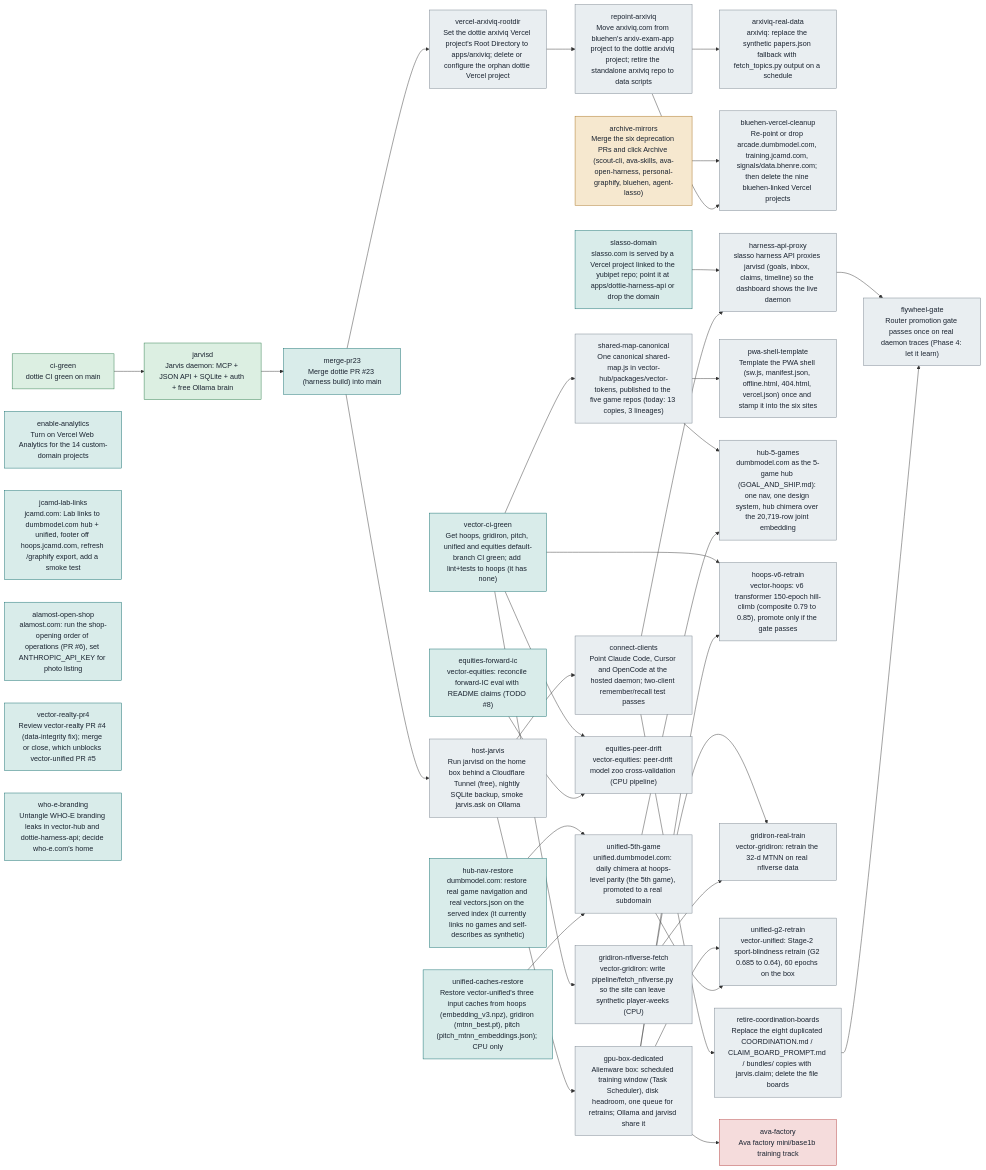
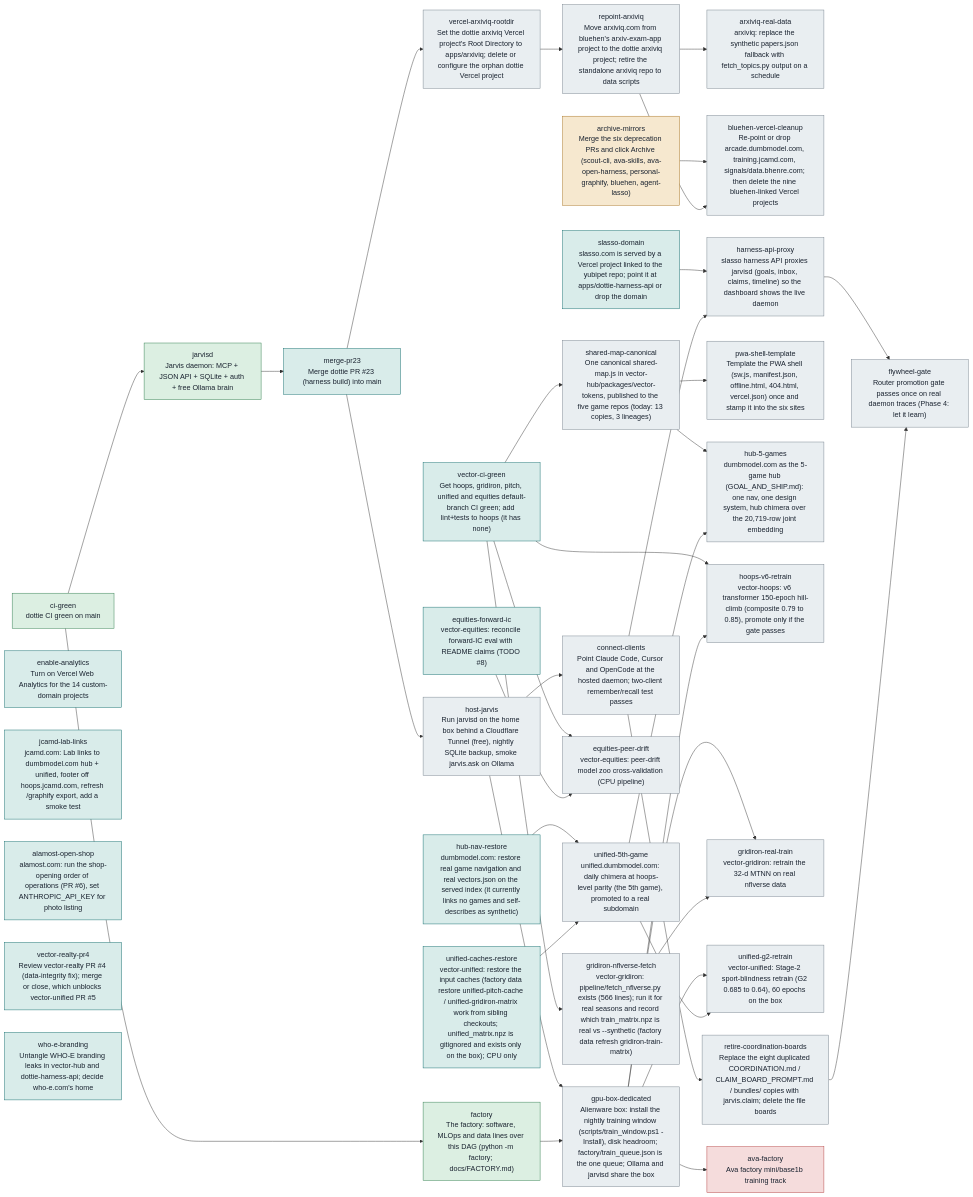
One commit to jcdavis131/dottie changed the diagram in docs/PROJECT_DAG.md. Above: the diagram before and after it, drawn with Mermaid. The commit also changed other lines of this file and 6 other files, not shown here.

First line of the commit message:
chore(factory): wire factory check into CI and make; DAG node, docs, board

````diff
--- a/docs/PROJECT_DAG.md
+++ b/docs/PROJECT_DAG.md
@@ -60,78 +62,81 @@
 ```mermaid
 flowchart LR
   ci-green["ci-green<br/>dottie CI green on main"]
   jarvisd["jarvisd<br/>Jarvis daemon: MCP + JSON API + SQLite + auth + free Ollama brain"]
+  factory["factory<br/>The factory: software, MLOps and data lines over this DAG (python -m factory; docs/FACTORY.md)"]
   enable-analytics["enable-analytics<br/>Turn on Vercel Web Analytics for the 14 custom-domain projects"]
   merge-pr23["merge-pr23<br/>Merge dottie PR #23 (harness build) into main"]
   archive-mirrors["archive-mirrors<br/>Merge the six deprecation PRs and click Archive (scout-cli, ava-skills, ava-open-harness, personal-graphify, bluehen, agent-lasso)"]
   jcamd-lab-links["jcamd-lab-links<br/>jcamd.com: Lab links to dumbmodel.com hub + unified, footer off hoops.jcamd.com, refresh /graphify export, add a smoke test"]
   alamost-open-shop["alamost-open-shop<br/>alamost.com: run the shop-opening order of operations (PR #6), set ANTHROPIC_API_KEY for photo listing"]
   hub-nav-restore["hub-nav-restore<br/>dumbmodel.com: restore real game navigation and real vectors.json on the served index (it currently links no games and self-describes as synthetic)"]
   vector-ci-green["vector-ci-green<br/>Get hoops, gridiron, pitch, unified and equities default-branch CI green; add lint+tests to hoops (it has none)"]
   host-jarvis["host-jarvis<br/>Run jarvisd on the home box behind a Cloudflare Tunnel (free), nightly SQLite backup, smoke jarvis.ask on Ollama"]
   connect-clients["connect-clients<br/>Point Claude Code, Cursor and OpenCode at the hosted daemon; two-client remember/recall test passes"]
   vercel-arxiviq-rootdir["vercel-arxiviq-rootdir<br/>Set the dottie arxiviq Vercel project's Root Directory to apps/arxiviq; delete or configure the orphan dottie Vercel project"]
   repoint-arxiviq["repoint-arxiviq<br/>Move arxiviq.com from bluehen's arxiv-exam-app project to the dottie arxiviq project; retire the standalone arxiviq repo to data scripts"]
   arxiviq-real-data["arxiviq-real-data<br/>arxiviq: replace the synthetic papers.json fallback with fetch_topics.py output on a schedule"]
   bluehen-vercel-cleanup["bluehen-vercel-cleanup<br/>Re-point or drop arcade.dumbmodel.com, training.jcamd.com, signals/data.bhenre.com; then delete the nine bluehen-linked Vercel projects"]
   slasso-domain["slasso-domain<br/>slasso.com is served by a Vercel project linked to the yubipet repo; point it at apps/dottie-harness-api or drop the domain"]
   retire-coordination-boards["retire-coordination-boards<br/>Replace the eight duplicated COORDINATION.md / CLAIM_BOARD_PROMPT.md / bundles/ copies with jarvis.claim; delete the file boards"]
   shared-map-canonical["shared-map-canonical<br/>One canonical shared-map.js in vector-hub/packages/vector-tokens, published to the five game repos (today: 13 copies, 3 lineages)"]
   pwa-shell-template["pwa-shell-template<br/>Template the PWA shell (sw.js, manifest.json, offline.html, 404.html, vercel.json) once and stamp it into the six sites"]
-  unified-caches-restore["unified-caches-restore<br/>Restore vector-unified's three input caches from hoops (embedding_v3.npz), gridiron (mtnn_best.pt), pitch (pitch_mtnn_embeddings.json); CPU only"]
+  unified-caches-restore["unified-caches-restore<br/>vector-unified: restore the input caches (factory data restore unified-pitch-cache / unified-gridiron-matrix work from sibling checkouts; unified_matrix.npz is gitignored and exists only on the box); CPU only"]
   unified-5th-game["unified-5th-game<br/>unified.dumbmodel.com: daily chimera at hoops-level parity (the 5th game), promoted to a real subdomain"]
   hub-5-games["hub-5-games<br/>dumbmodel.com as the 5-game hub (GOAL_AND_SHIP.md): one nav, one design system, hub chimera over the 20,719-row joint embedding"]
   equities-forward-ic["equities-forward-ic<br/>vector-equities: reconcile forward-IC eval with README claims (TODO #8)"]
   equities-peer-drift["equities-peer-drift<br/>vector-equities: peer-drift model zoo cross-validation (CPU pipeline)"]
-  gridiron-nflverse-fetch["gridiron-nflverse-fetch<br/>vector-gridiron: write pipeline/fetch_nflverse.py so the site can leave synthetic player-weeks (CPU)"]
-  gpu-box-dedicated["gpu-box-dedicated<br/>Alienware box: scheduled training window (Task Scheduler), disk headroom, one queue for retrains; Ollama and jarvisd share it"]
+  gridiron-nflverse-fetch["gridiron-nflverse-fetch<br/>vector-gridiron: pipeline/fetch_nflverse.py exists (566 lines); run it for real seasons and record which train_matrix.npz is real vs --synthetic (factory data refresh gridiron-train-matrix)"]
+  gpu-box-dedicated["gpu-box-dedicated<br/>Alienware box: install the nightly training window (scripts/train_window.ps1 -Install), disk headroom; factory/train_queue.json is the one queue; Ollama and jarvisd share the box"]
   hoops-v6-retrain["hoops-v6-retrain<br/>vector-hoops: v6 transformer 150-epoch hill-climb (composite 0.79 to 0.85), promote only if the gate passes"]
   gridiron-real-train["gridiron-real-train<br/>vector-gridiron: retrain the 32-d MTNN on real nflverse data"]
   unified-g2-retrain["unified-g2-retrain<br/>vector-unified: Stage-2 sport-blindness retrain (G2 0.685 to 0.64), 60 epochs on the box"]
   vector-realty-pr4["vector-realty-pr4<br/>Review vector-realty PR #4 (data-integrity fix); merge or close, which unblocks vector-unified PR #5"]
   harness-api-proxy["harness-api-proxy<br/>slasso harness API proxies jarvisd (goals, inbox, claims, timeline) so the dashboard shows the live daemon"]
   who-e-branding["who-e-branding<br/>Untangle WHO-E branding leaks in vector-hub and dottie-harness-api; decide who-e.com's home"]
   flywheel-gate["flywheel-gate<br/>Router promotion gate passes once on real daemon traces (Phase 4: let it learn)"]
   ava-factory["ava-factory<br/>Ava factory mini/base1b training track"]
   ci-green --> jarvisd
+  ci-green --> factory
   jarvisd --> merge-pr23
   merge-pr23 --> host-jarvis
   host-jarvis --> connect-clients
   merge-pr23 --> vercel-arxiviq-rootdir
   vercel-arxiviq-rootdir --> repoint-arxiviq
   repoint-arxiviq --> arxiviq-real-data
   repoint-arxiviq --> bluehen-vercel-cleanup
   archive-mirrors --> bluehen-vercel-cleanup
   connect-clients --> retire-coordination-boards
   vector-ci-green --> shared-map-canonical
   shared-map-canonical --> pwa-shell-template
   unified-caches-restore --> unified-5th-game
   hub-nav-restore --> unified-5th-game
   unified-5th-game --> hub-5-games
   shared-map-canonical --> hub-5-games
   equities-forward-ic --> equities-peer-drift
   vector-ci-green --> equities-peer-drift
   vector-ci-green --> gridiron-nflverse-fetch
+  factory --> gpu-box-dedicated
   host-jarvis --> gpu-box-dedicated
   gpu-box-dedicated --> hoops-v6-retrain
   vector-ci-green --> hoops-v6-retrain
   gridiron-nflverse-fetch --> gridiron-real-train
   gpu-box-dedicated --> gridiron-real-train
   unified-5th-game --> unified-g2-retrain
   gpu-box-dedicated --> unified-g2-retrain
   connect-clients --> harness-api-proxy
   slasso-domain --> harness-api-proxy
   retire-coordination-boards --> flywheel-gate
   harness-api-proxy --> flywheel-gate
   gpu-box-dedicated --> ava-factory
   classDef done fill:#dcefe2,stroke:#2c7a4b,color:#1a2330;
   classDef ready fill:#d9ecea,stroke:#0e6b6b,color:#1a2330;
   classDef in_progress fill:#f6e8cf,stroke:#a6701c,color:#1a2330;
   classDef blocked fill:#e9eef1,stroke:#75808c,color:#1a2330;
   classDef parked fill:#f5dcdc,stroke:#b23b3b,color:#1a2330;
-  class ci-green,jarvisd done;
+  class ci-green,jarvisd,factory done;
   class alamost-open-shop,enable-analytics,jcamd-lab-links,merge-pr23,hub-nav-restore,unified-caches-restore,vector-ci-green,equities-forward-ic,slasso-domain,vector-realty-pr4,who-e-branding ready;
   class archive-mirrors in_progress;
   class connect-clients,host-jarvis,vercel-arxiviq-rootdir,hub-5-games,repoint-arxiviq,retire-coordination-boards,shared-map-canonical,unified-5th-game,arxiviq-real-data,bluehen-vercel-cleanup,pwa-shell-template,equities-peer-drift,gpu-box-dedicated,gridiron-nflverse-fetch,gridiron-real-train,hoops-v6-retrain,harness-api-proxy,unified-g2-retrain,flywheel-gate blocked;
   class ava-factory parked;
 ```
````
